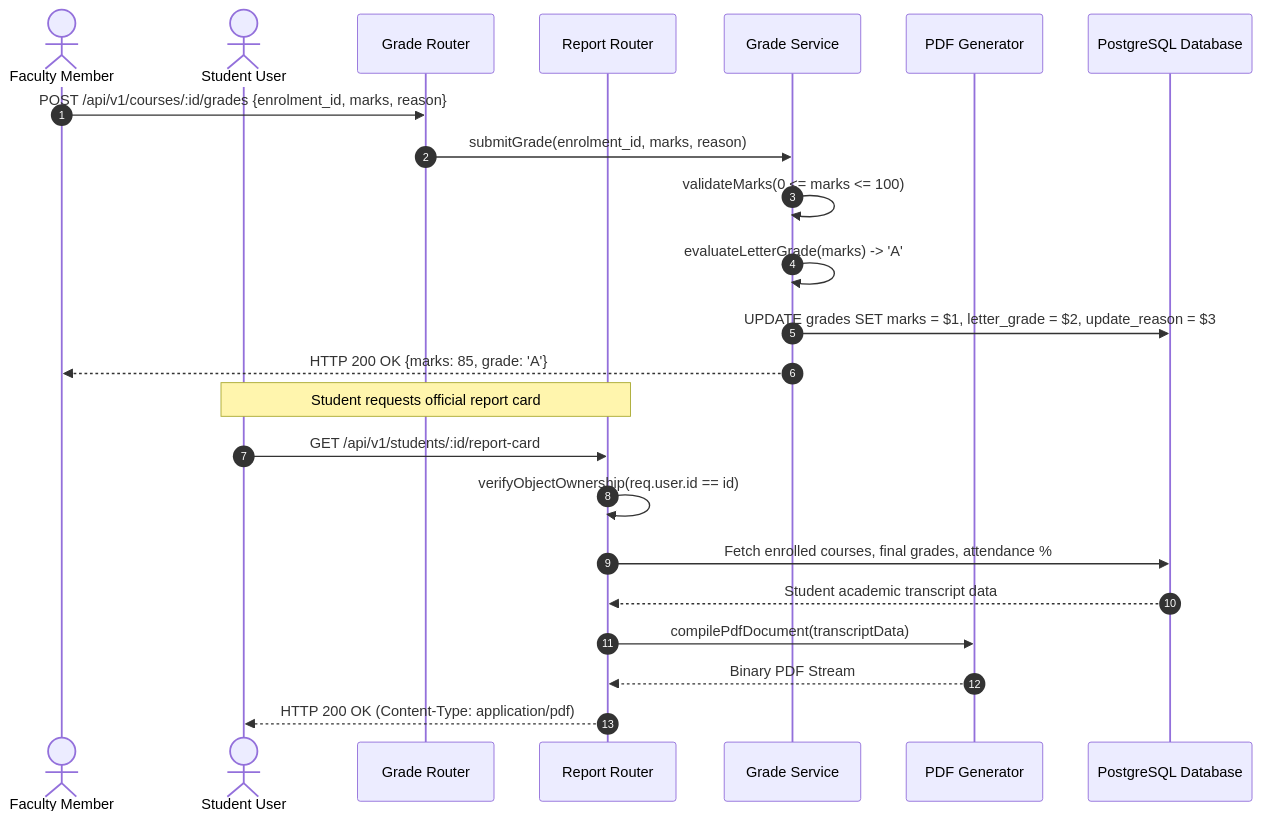
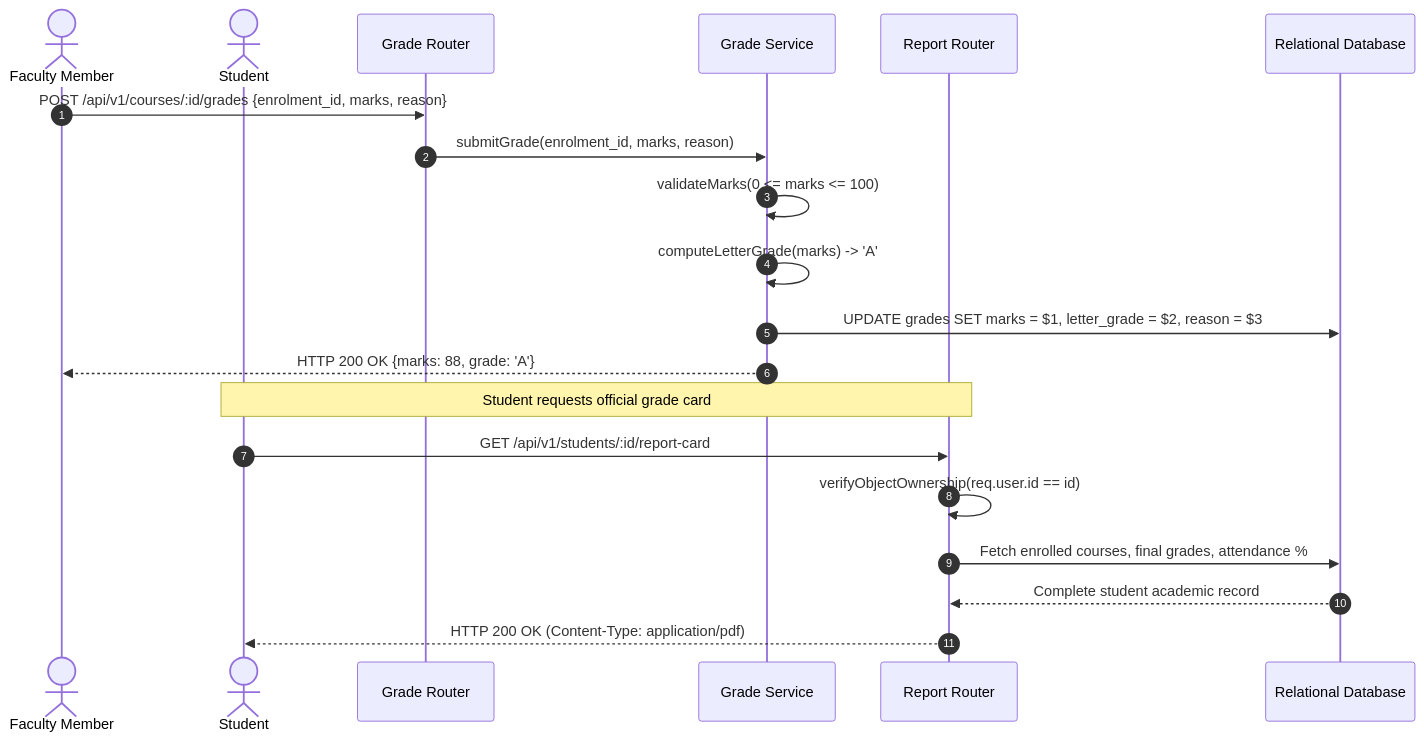
One commit to Nagashri2304/student-record-system changed the fifth of 6 diagrams in docs/3_ArchitectureDesign_StudentRecordSystem.md. Above: the diagram before and after it, drawn with Mermaid. The commit also changed other lines of this file and 7 other files, not shown here.

````diff
--- a/docs/3_ArchitectureDesign_StudentRecordSystem.md
+++ b/docs/3_ArchitectureDesign_StudentRecordSystem.md
@@ -418,27 +229,24 @@
 ```mermaid
 sequenceDiagram
     autonumber
     actor Faculty as Faculty Member
-    actor Student as Student User
-    participant GradeRoute as Grade Router
-    participant ReportRoute as Report Router
+    actor Student as Student
+    participant GradeRouter as Grade Router
     participant GradeService as Grade Service
-    participant ReportEngine as PDF Generator
-    participant DB as PostgreSQL Database
+    participant ReportRouter as Report Router
+    participant DB as Relational Database
 
-    Faculty->>GradeRoute: POST /api/v1/courses/:id/grades {enrolment_id, marks, reason}
-    GradeRoute->>GradeService: submitGrade(enrolment_id, marks, reason)
+    Faculty->>GradeRouter: POST /api/v1/courses/:id/grades {enrolment_id, marks, reason}
+    GradeRouter->>GradeService: submitGrade(enrolment_id, marks, reason)
     GradeService->>GradeService: validateMarks(0 <= marks <= 100)
-    GradeService->>GradeService: evaluateLetterGrade(marks) -> 'A'
-    GradeService->>DB: UPDATE grades SET marks = $1, letter_grade = $2, update_reason = $3
-    GradeService-->>Faculty: HTTP 200 OK {marks: 85, grade: 'A'}
+    GradeService->>GradeService: computeLetterGrade(marks) -> 'A'
+    GradeService->>DB: UPDATE grades SET marks = $1, letter_grade = $2, reason = $3
+    GradeService-->>Faculty: HTTP 200 OK {marks: 88, grade: 'A'}
 
-    Note over Student, ReportRoute: Student requests official report card
-    Student->>ReportRoute: GET /api/v1/students/:id/report-card
-    ReportRoute->>ReportRoute: verifyObjectOwnership(req.user.id == id)
-    ReportRoute->>DB: Fetch enrolled courses, final grades, attendance %
-    DB-->>ReportRoute: Student academic transcript data
-    ReportRoute->>ReportEngine: compilePdfDocument(transcriptData)
-    ReportEngine-->>ReportRoute: Binary PDF Stream
-    ReportRoute-->>Student: HTTP 200 OK (Content-Type: application/pdf)
+    Note over Student, ReportRouter: Student requests official grade card
+    Student->>ReportRouter: GET /api/v1/students/:id/report-card
+    ReportRouter->>ReportRouter: verifyObjectOwnership(req.user.id == id)
+    ReportRouter->>DB: Fetch enrolled courses, final grades, attendance %
+    DB-->>ReportRouter: Complete student academic record
+    ReportRouter-->>Student: HTTP 200 OK (Content-Type: application/pdf)
 ```
````
